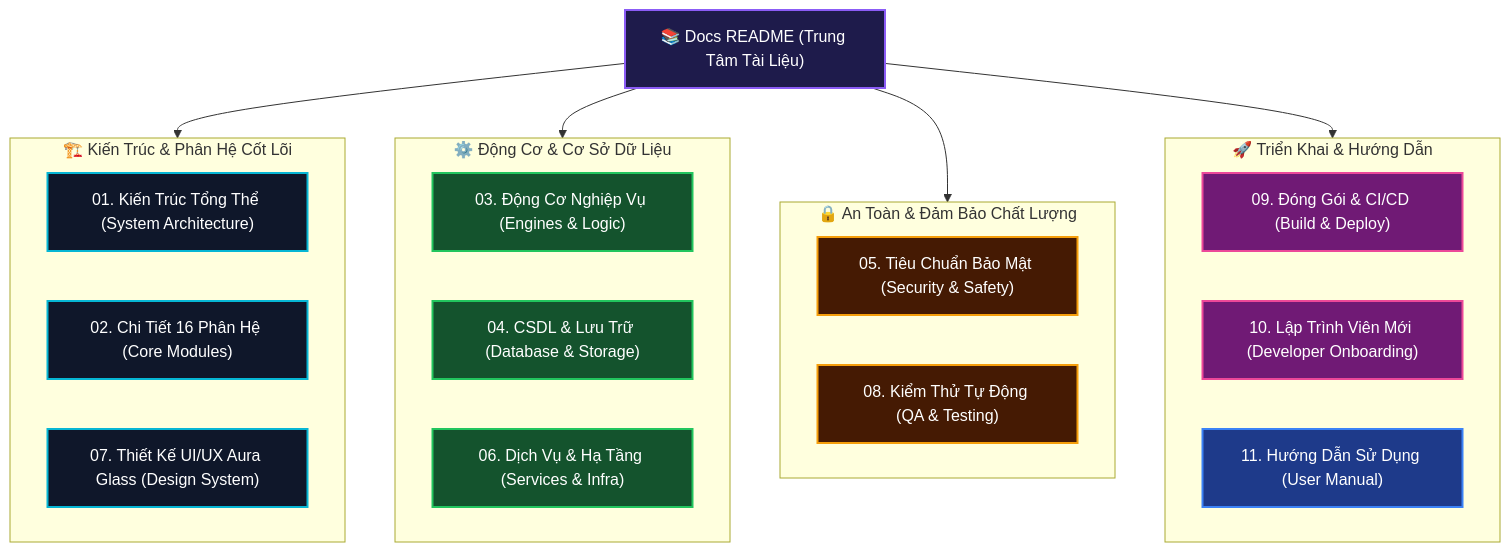
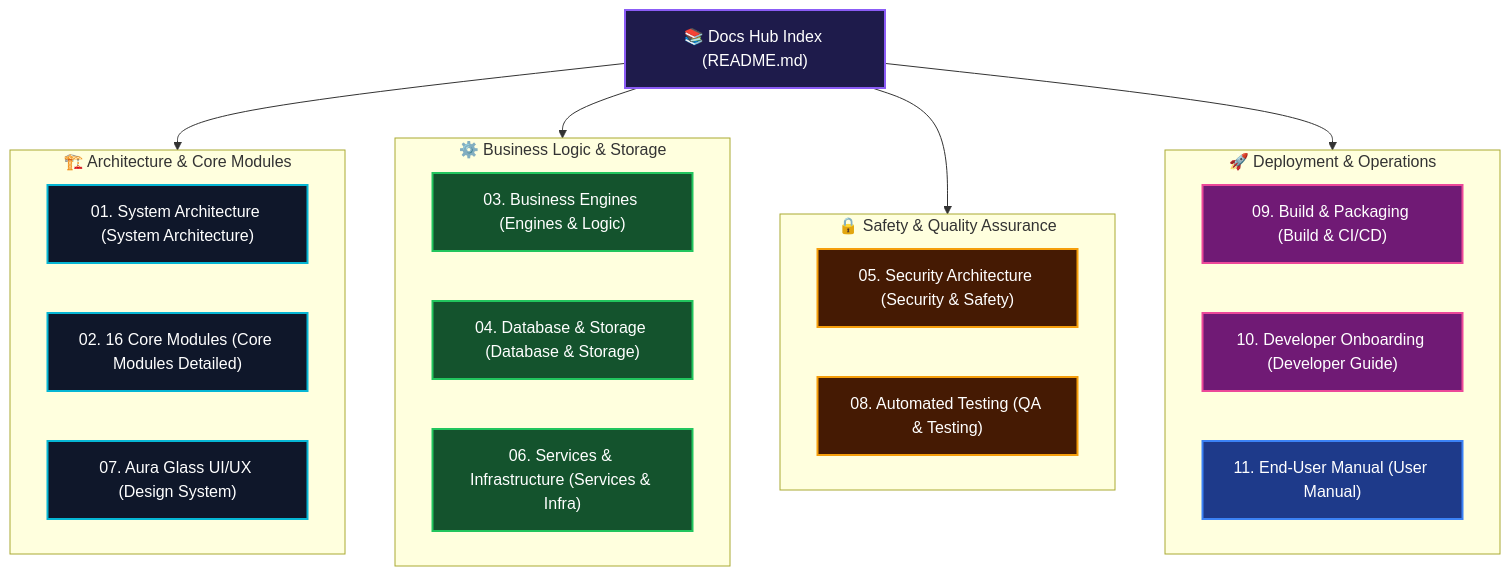
One commit to Nguyen-Trung-Tien/WinCarePro changed the diagram in docs/README.md. Above: the diagram before and after it, drawn with Mermaid. The commit also changed other lines of this file and 39 other files, not shown here.

Commit message:
docs: add comprehensive system documentation, architecture guides, developer onboarding, and AI agent rule/skill sets

````diff
--- a/docs/README.md
+++ b/docs/README.md
@@ -14,39 +14,39 @@
 ```mermaid
 graph TD
     classDef hub fill:#1e1b4b,stroke:#8b5cf6,stroke-width:2px,color:#fff;
     classDef arch fill:#0f172a,stroke:#06b6d4,stroke-width:2px,color:#fff;
     classDef engine fill:#14532d,stroke:#22c55e,stroke-width:2px,color:#fff;
     classDef sec fill:#451a03,stroke:#f59e0b,stroke-width:2px,color:#fff;
     classDef dev fill:#701a75,stroke:#ec4899,stroke-width:2px,color:#fff;
     classDef user fill:#1e3a8a,stroke:#3b82f6,stroke-width:2px,color:#fff;
 
-    Hub["📚 Docs README (Trung Tâm Tài Liệu)"]:::hub
+    Hub["📚 Docs Hub Index (README.md)"]:::hub
 
-    subgraph Core_Architecture ["🏗️ Kiến Trúc & Phân Hệ Cốt Lõi"]
-        Doc01["01. Kiến Trúc Tổng Thể (System Architecture)"]:::arch
-        Doc02["02. Chi Tiết 16 Phân Hệ (Core Modules)"]:::arch
-        Doc07["07. Thiết Kế UI/UX Aura Glass (Design System)"]:::arch
+    subgraph Core_Architecture ["🏗️ Architecture & Core Modules"]
+        Doc01["01. System Architecture (System Architecture)"]:::arch
+        Doc02["02. 16 Core Modules (Core Modules Detailed)"]:::arch
+        Doc07["07. Aura Glass UI/UX (Design System)"]:::arch
     end
 
-    subgraph Business_And_Data ["⚙️ Động Cơ & Cơ Sở Dữ Liệu"]
-        Doc03["03. Động Cơ Nghiệp Vụ (Engines & Logic)"]:::engine
-        Doc04["04. CSDL & Lưu Trữ (Database & Storage)"]:::engine
-        Doc06["06. Dịch Vụ & Hạ Tầng (Services & Infra)"]:::engine
+    subgraph Business_And_Data ["⚙️ Business Logic & Storage"]
+        Doc03["03. Business Engines (Engines & Logic)"]:::engine
+        Doc04["04. Database & Storage (Database & Storage)"]:::engine
+        Doc06["06. Services & Infrastructure (Services & Infra)"]:::engine
     end
 
-    subgraph Security_And_Quality ["🔒 An Toàn & Đảm Bảo Chất Lượng"]
-        Doc05["05. Tiêu Chuẩn Bảo Mật (Security & Safety)"]:::sec
-        Doc08["08. Kiểm Thử Tự Động (QA & Testing)"]:::sec
+    subgraph Security_And_Quality ["🔒 Safety & Quality Assurance"]
+        Doc05["05. Security Architecture (Security & Safety)"]:::sec
+        Doc08["08. Automated Testing (QA & Testing)"]:::sec
     end
 
-    subgraph Delivery_And_Guide ["🚀 Triển Khai & Hướng Dẫn"]
-        Doc09["09. Đóng Gói & CI/CD (Build & Deploy)"]:::dev
-        Doc10["10. Lập Trình Viên Mới (Developer Onboarding)"]:::dev
-        Doc11["11. Hướng Dẫn Sử Dụng (User Manual)"]:::user
+    subgraph Delivery_And_Guide ["🚀 Deployment & Operations"]
+        Doc09["09. Build & Packaging (Build & CI/CD)"]:::dev
+        Doc10["10. Developer Onboarding (Developer Guide)"]:::dev
+        Doc11["11. End-User Manual (User Manual)"]:::user
     end
 
     Hub --> Core_Architecture
     Hub --> Business_And_Data
     Hub --> Security_And_Quality
     Hub --> Delivery_And_Guide
 ```
````
